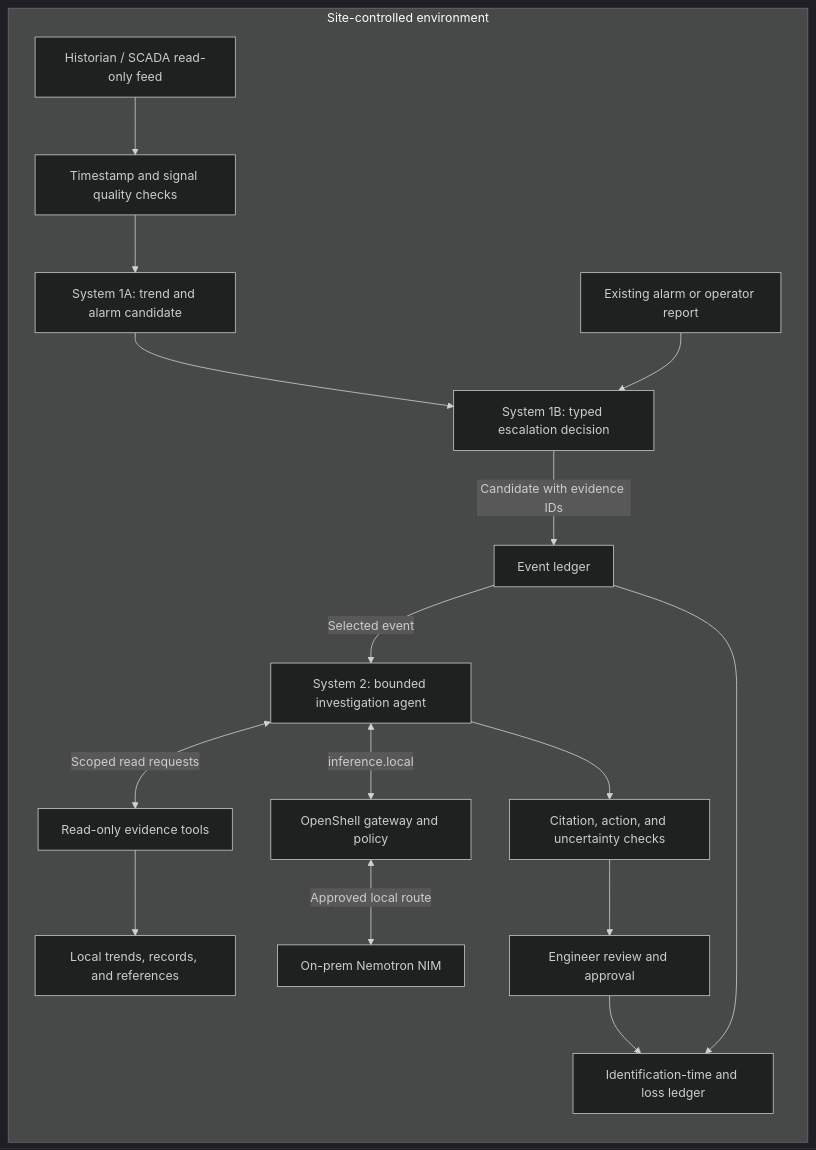
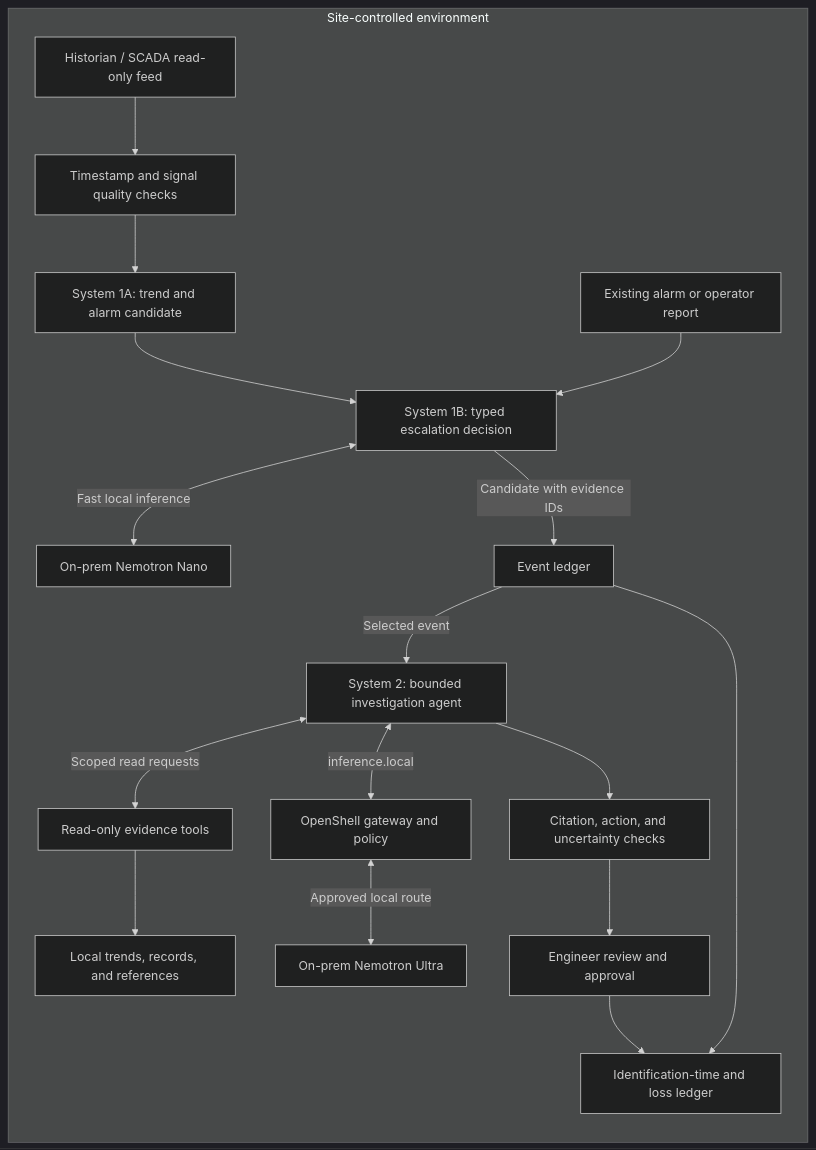
The second of 2 diagrams in ARCHITECTURE.md (juyoungml/nvidia-hackathon), drawn with Mermaid (dark theme) before and after one commit. The commit also changed other lines of this file and 12 other files, not shown here.

````diff
--- a/ARCHITECTURE.md
+++ b/ARCHITECTURE.md
@@ -21,19 +21,20 @@
 ```mermaid
 flowchart LR
     subgraph site["Site-controlled environment"]
         trends["Historian / SCADA read-only feed"] --> quality["Timestamp and signal quality checks"]
         quality --> trendDetector["System 1A: trend and alarm candidate"]
         trendDetector --> decisionGate["System 1B: typed escalation decision"]
         reports["Existing alarm or operator report"] --> decisionGate
+        decisionGate <-->|"Fast local inference"| nanoNim["On-prem Nemotron Nano"]
         decisionGate -->|"Candidate with evidence IDs"| eventLedger["Event ledger"]
         eventLedger -->|"Selected event"| systemTwo["System 2: bounded investigation agent"]
         systemTwo <-->|"Scoped read requests"| evidenceApi["Read-only evidence tools"]
         evidenceApi --> sourceStore["Local trends, records, and references"]
         systemTwo <-->|"inference.local"| shellGateway["OpenShell gateway and policy"]
-        shellGateway <-->|"Approved local route"| localNim["On-prem Nemotron NIM"]
+        shellGateway <-->|"Approved local route"| ultraNim["On-prem Nemotron Ultra"]
         systemTwo --> resultGate["Citation, action, and uncertainty checks"]
         resultGate --> engineer["Engineer review and approval"]
         eventLedger --> valueMeter["Identification-time and loss ledger"]
         engineer --> valueMeter
     end
 ```
````
